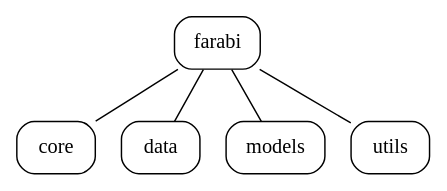
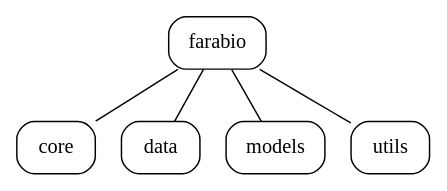
The diagram in docs/source/handbook/overview.rst (tuttelikz/farabio), drawn with Graphviz before and after one commit. The commit also changed other lines of this file and 482 other files, not shown here.

```diff
--- a/docs/source/handbook/overview.rst
+++ b/docs/source/handbook/overview.rst
@@ -29,17 +29,17 @@
 .. graphviz::
    
-   graph FarabiOverview {
+   graph farabioOverview {
 
    node [shape=box, colorscheme=set32 , style=rounded];
 
-   farabi -- core;
-   farabi -- data;
-   farabi -- models;
-   farabi -- utils;
+   farabio -- core;
+   farabio -- data;
+   farabio -- models;
+   farabio -- utils;
 
-   farabi  [fillcolor=1, style="rounded"]
+   farabio  [fillcolor=1, style="rounded"]
    core  [fillcolor=2, style="rounded"]
    data  [fillcolor=2, style="rounded"]
    models  [fillcolor=2, style="rounded"]
    utils  [fillcolor=2, style="rounded"]
    }
```
